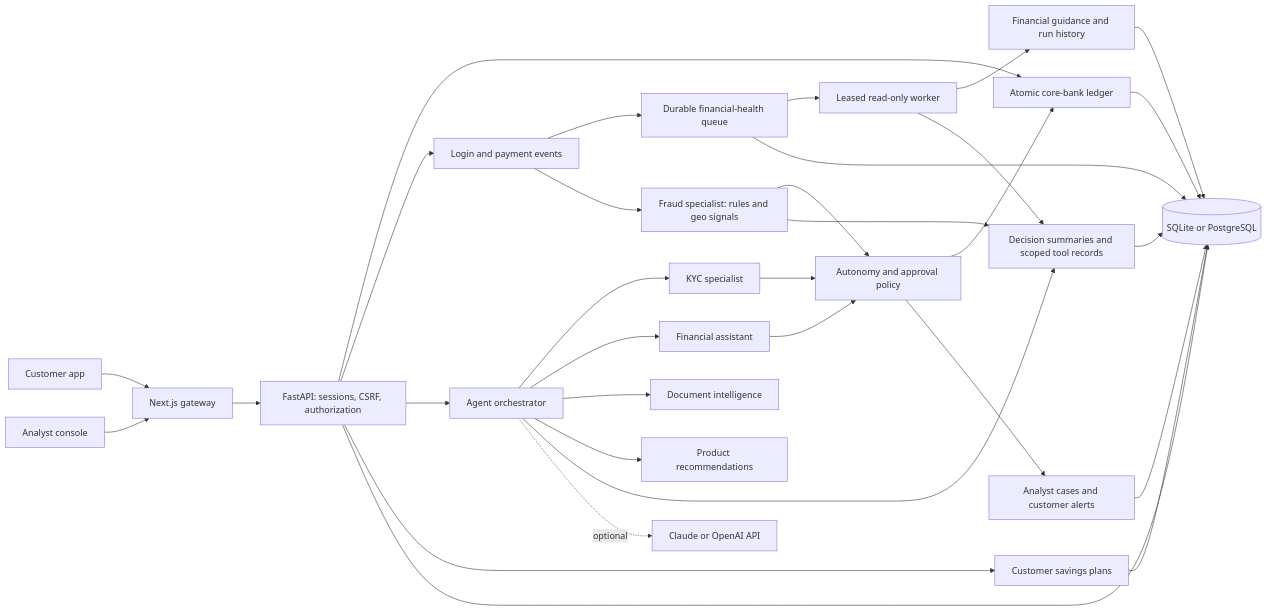
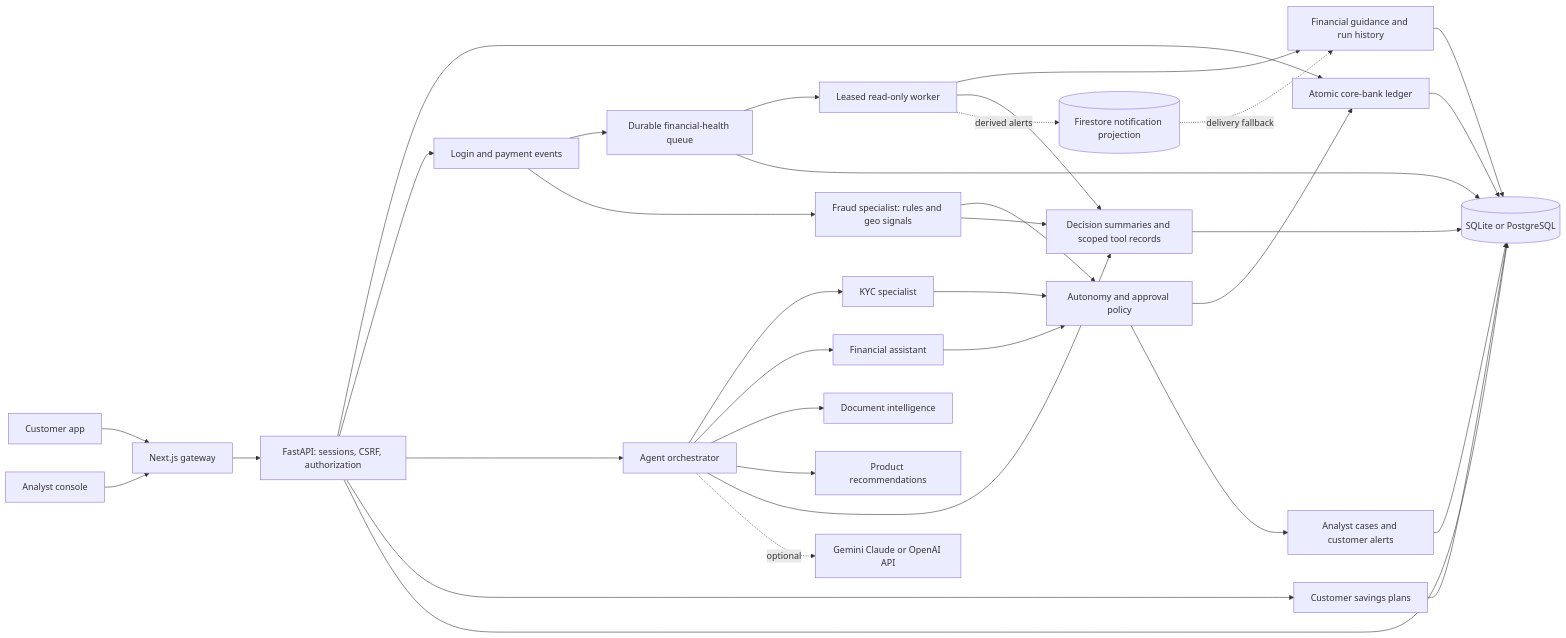
The diagram in docs/ARCHITECTURE.md (satyamsahu40678/agies-bank), drawn with Mermaid before and after one commit. The commit also changed other lines of this file and 31 other files, not shown here.

````diff
--- a/docs/ARCHITECTURE.md
+++ b/docs/ARCHITECTURE.md
@@ -5,34 +5,36 @@
 ```mermaid
 flowchart LR
   Customer[Customer app] --> Web[Next.js gateway]
   Analyst[Analyst console] --> Web
   Web --> API[FastAPI: sessions, CSRF, authorization]
   API --> Core[Atomic core-bank ledger]
   API --> Events[Login and payment events]
   API --> Orchestrator[Agent orchestrator]
   API --> Goals[Customer savings plans]
   Events --> Queue[Durable financial-health queue]
   Queue --> Worker[Leased read-only worker]
   Worker --> Insights[Financial guidance and run history]
   Events --> Fraud[Fraud specialist: rules and geo signals]
   Orchestrator --> KYC[KYC specialist]
   Orchestrator --> Assistant[Financial assistant]
   Orchestrator --> Docs[Document intelligence]
   Orchestrator --> Recommendations[Product recommendations]
   Fraud --> Policy[Autonomy and approval policy]
   Assistant --> Policy
   KYC --> Policy
   Policy --> Core
   Policy --> Cases[Analyst cases and customer alerts]
   API --> DB[(SQLite or PostgreSQL)]
   Core --> DB
   Cases --> DB
   Goals --> DB
   Queue --> DB
   Insights --> DB
   Orchestrator --> Audit[Decision summaries and scoped tool records]
   Fraud --> Audit
   Audit --> DB
   Worker --> Audit
-  Orchestrator -. optional .-> Models[Claude or OpenAI API]
+  Orchestrator -. optional .-> Models[Gemini Claude or OpenAI API]
+  Worker -. derived alerts .-> Firestore[(Firestore notification projection)]
+  Firestore -. delivery fallback .-> Insights
 ```
````
